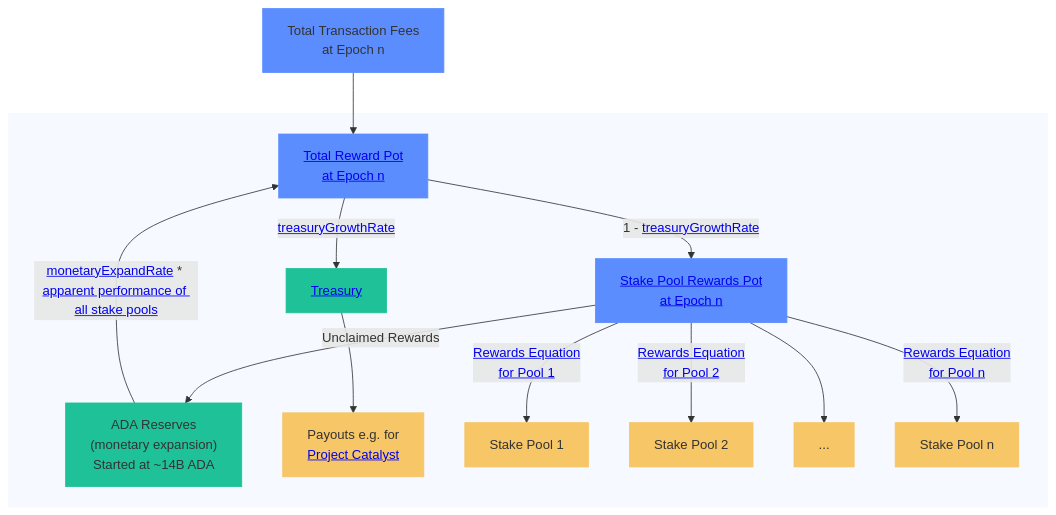
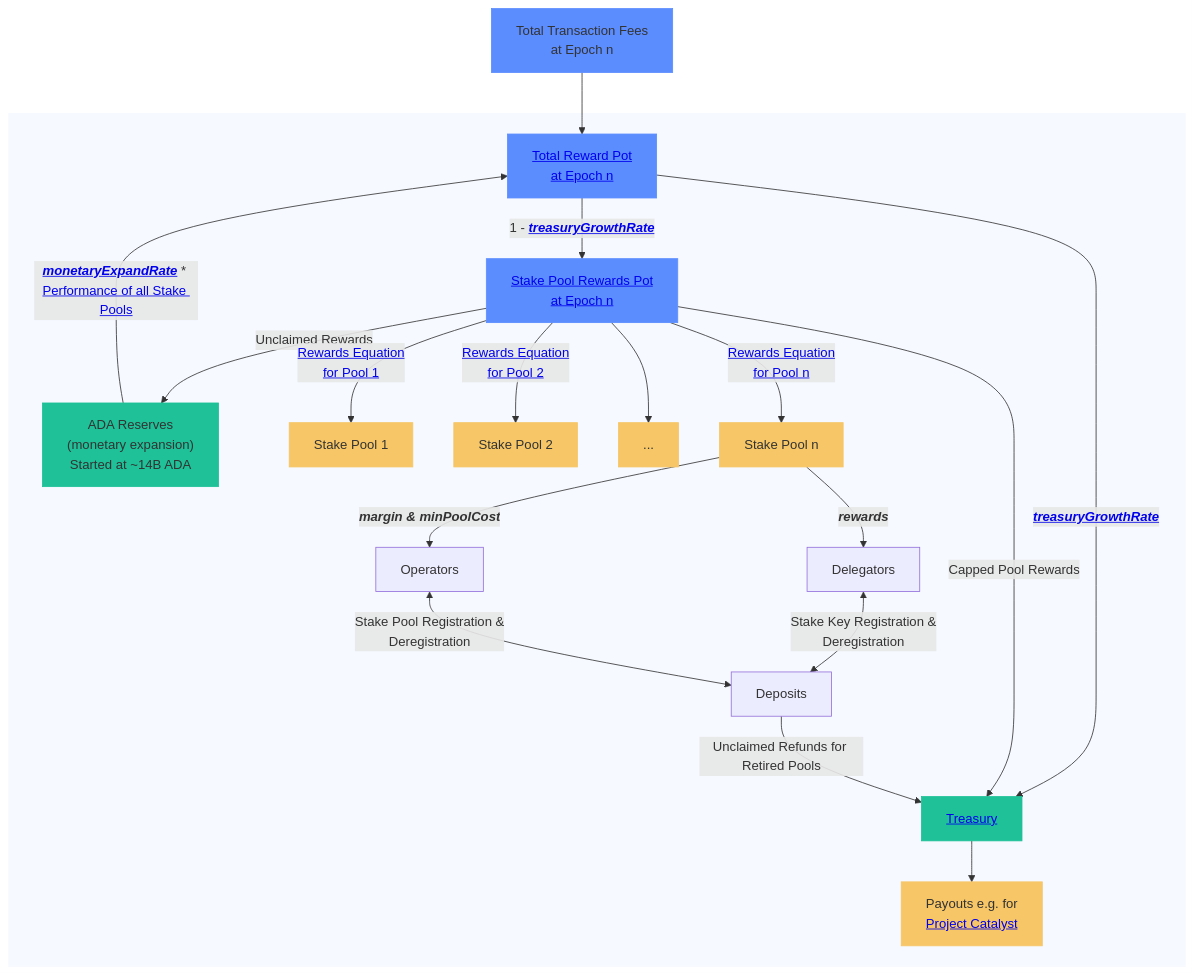
Before and after one commit to cardano-foundation/cf-java-rewards-calculation: the diagram in README.md, drawn with Mermaid. The commit also changed other lines of this file and 12 other files, not shown here.

````diff
--- a/README.md
+++ b/README.md
@@ -15,29 +15,35 @@
 ```mermaid
 flowchart
     A[Total Transaction Fees <br />at Epoch n] --> B[<a href='https://github.com/cardano-foundation/cf-java-rewards-calculation/blob/a794130dc0e320426725a58b8b15f1fbe726b2de/src/main/java/org/cardanofoundation/rewards/calculation/TreasuryCalculation.java#L42'>Total Reward Pot <br />at Epoch n</a/>]
-    B --> | <a href='https://cips.cardano.org/cips/cip9/#updatableprotocolparameters'>treasuryGrowthRate</a> | C[<a href='https://github.com/cardano-foundation/cf-java-rewards-calculation/blob/a794130dc0e320426725a58b8b15f1fbe726b2de/src/main/java/org/cardanofoundation/rewards/calculation/TreasuryCalculation.java#L17'>Treasury</a/>]
-    B --> | 1 - <a href='https://cips.cardano.org/cips/cip9/#updatableprotocolparameters'>treasuryGrowthRate</a> | D[<a href='https://github.com/cardano-foundation/cf-java-rewards-calculation/blob/a794130dc0e320426725a58b8b15f1fbe726b2de/src/test/java/org/cardanofoundation/rewards/calculation/PoolRewardCalculationTest.java#L63'>Stake Pool Rewards Pot <br />at Epoch n</a/>]
+    B --> | <b><i><a href='https://cips.cardano.org/cips/cip9/#updatableprotocolparameters'>treasuryGrowthRate</a></b></i> | C[<a href='https://github.com/cardano-foundation/cf-java-rewards-calculation/blob/a794130dc0e320426725a58b8b15f1fbe726b2de/src/main/java/org/cardanofoundation/rewards/calculation/TreasuryCalculation.java#L17'>Treasury</a/>]
+    B --> | 1 - <b><i><a href='https://cips.cardano.org/cips/cip9/#updatableprotocolparameters'>treasuryGrowthRate</a></b></i> | D[<a href='https://github.com/cardano-foundation/cf-java-rewards-calculation/blob/a794130dc0e320426725a58b8b15f1fbe726b2de/src/test/java/org/cardanofoundation/rewards/calculation/PoolRewardCalculationTest.java#L63'>Stake Pool Rewards Pot <br />at Epoch n</a/>]
     subgraph ADA_POTS[" "]
     D --> | Unclaimed Rewards | E["ADA Reserves<br /> (monetary expansion) <br /> Started at ~14B ADA"]
-    E --> | <a href='https://cips.cardano.org/cips/cip9/#updatableprotocolparameters'>monetaryExpandRate</a> * <a href='https://github.com/cardano-foundation/cf-java-rewards-calculation/blob/main/src/main/java/org/cardanofoundation/rewards/calculation/PoolRewardCalculation.java#L19'>apparent performance of all stake pools</a> | B
+    E --> | <b><i><a href='https://cips.cardano.org/cips/cip9/#updatableprotocolparameters'>monetaryExpandRate</a></b></i> * <a href='https://github.com/cardano-foundation/cf-java-rewards-calculation/blob/main/src/main/java/org/cardanofoundation/rewards/calculation/PoolRewardCalculation.java#L19'>Performance of all Stake Pools</a> | B
     C --> F[Payouts e.g. for <br /><a href='https://projectcatalyst.io/'>Project Catalyst</a>]
     D --> | <a href='https://github.com/cardano-foundation/cf-java-rewards-calculation/blob/a794130dc0e320426725a58b8b15f1fbe726b2de/src/main/java/org/cardanofoundation/rewards/calculation/PoolRewardCalculation.java#L87'>Rewards Equation<br /> for Pool 1</a> | G[Stake Pool 1]
     D --> | <a href='https://github.com/cardano-foundation/cf-java-rewards-calculation/blob/a794130dc0e320426725a58b8b15f1fbe726b2de/src/main/java/org/cardanofoundation/rewards/calculation/PoolRewardCalculation.java#L87'>Rewards Equation<br /> for Pool 2</a> | H[Stake Pool 2]
     D --> I[...]
     D --> | <a href='https://github.com/cardano-foundation/cf-java-rewards-calculation/blob/a794130dc0e320426725a58b8b15f1fbe726b2de/src/main/java/org/cardanofoundation/rewards/calculation/PoolRewardCalculation.java#L87'>Rewards Equation<br /> for Pool n</a> | J[Stake Pool n]
+    J --> | <b><i>margin & minPoolCost</i></b> | K[Operators]
+    J --> | <b><i>rewards</b></i> | L[Delegators]
+    D --> | Capped Pool Rewards | C
+    L <--> | Stake Key Registration & <br /> Deregistration | M[Deposits]
+    K <--> | Stake Pool Registration & <br /> Deregistration | M
+    M --> | Unclaimed Refunds for Retired Pools | C
     end
 
     style A fill:#5C8DFF,stroke:#5C8DFF
     style B fill:#5C8DFF,stroke:#5C8DFF
     style C fill:#1EC198,stroke:#1EC198
     style D fill:#5C8DFF,stroke:#5C8DFF
     style E fill:#1EC198,stroke:#1EC198
 
     style F fill:#F6C667,stroke:#F6C667
     style G fill:#F6C667,stroke:#F6C667
     style H fill:#F6C667,stroke:#F6C667
     style I fill:#F6C667,stroke:#F6C667
     style J fill:#F6C667,stroke:#F6C667
 
     style ADA_POTS fill:#f6f9ff,stroke:#f6f9ff
 ```
````
